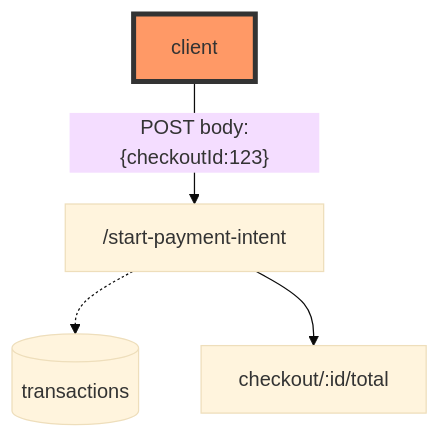
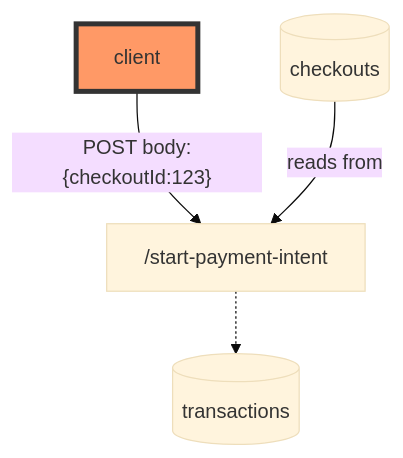
Before and after one commit to AnariMarketplace/marketplace-mvp-api-v1: the second of 3 diagrams in docs/process-flows/order-checkout.md, drawn with Mermaid (base theme). The commit also changed other lines of this file and 17 other files, not shown here.

````diff
--- a/docs/process-flows/order-checkout.md
+++ b/docs/process-flows/order-checkout.md
@@ -21,12 +21,10 @@
 ```mermaid
-
-flowchart TB
+flowchart TD
     client  --POST body:{checkoutId:123}--> /start-payment-intent
     /start-payment-intent -.-> transactions-table[(transactions)]
-    /start-payment-intent --> checkout/:id/total
+     checkout-table[(checkouts)] --reads from-->  /start-payment-intent
 
 
 
     style client fill:#f96,stroke:#333,stroke-width:4px
-
 ```
````
